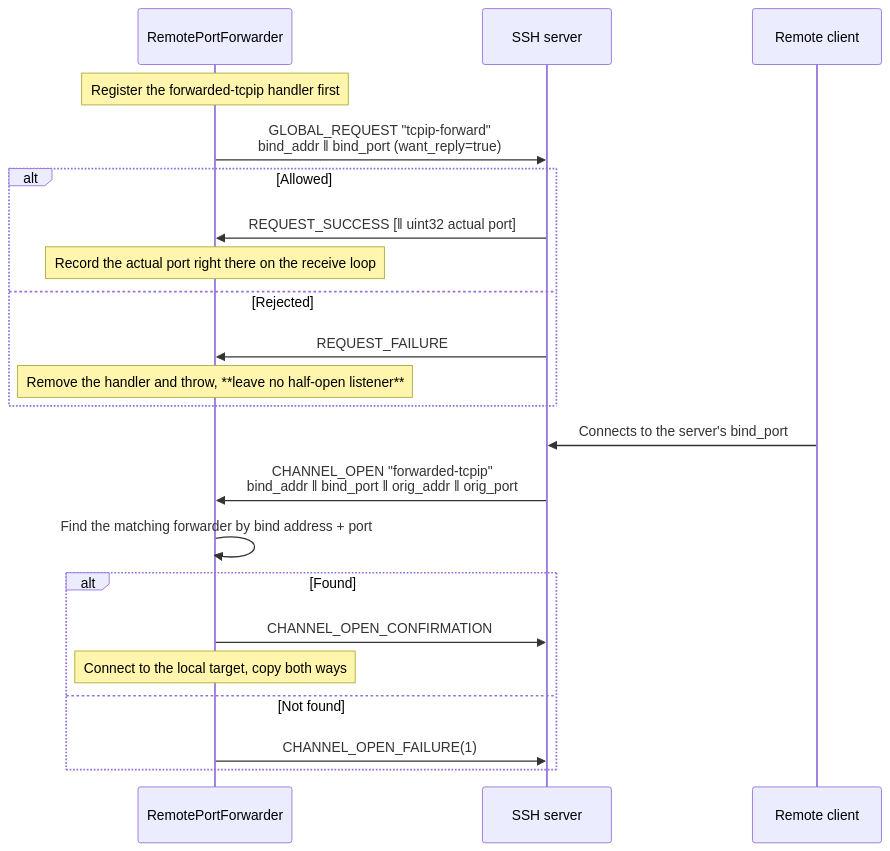
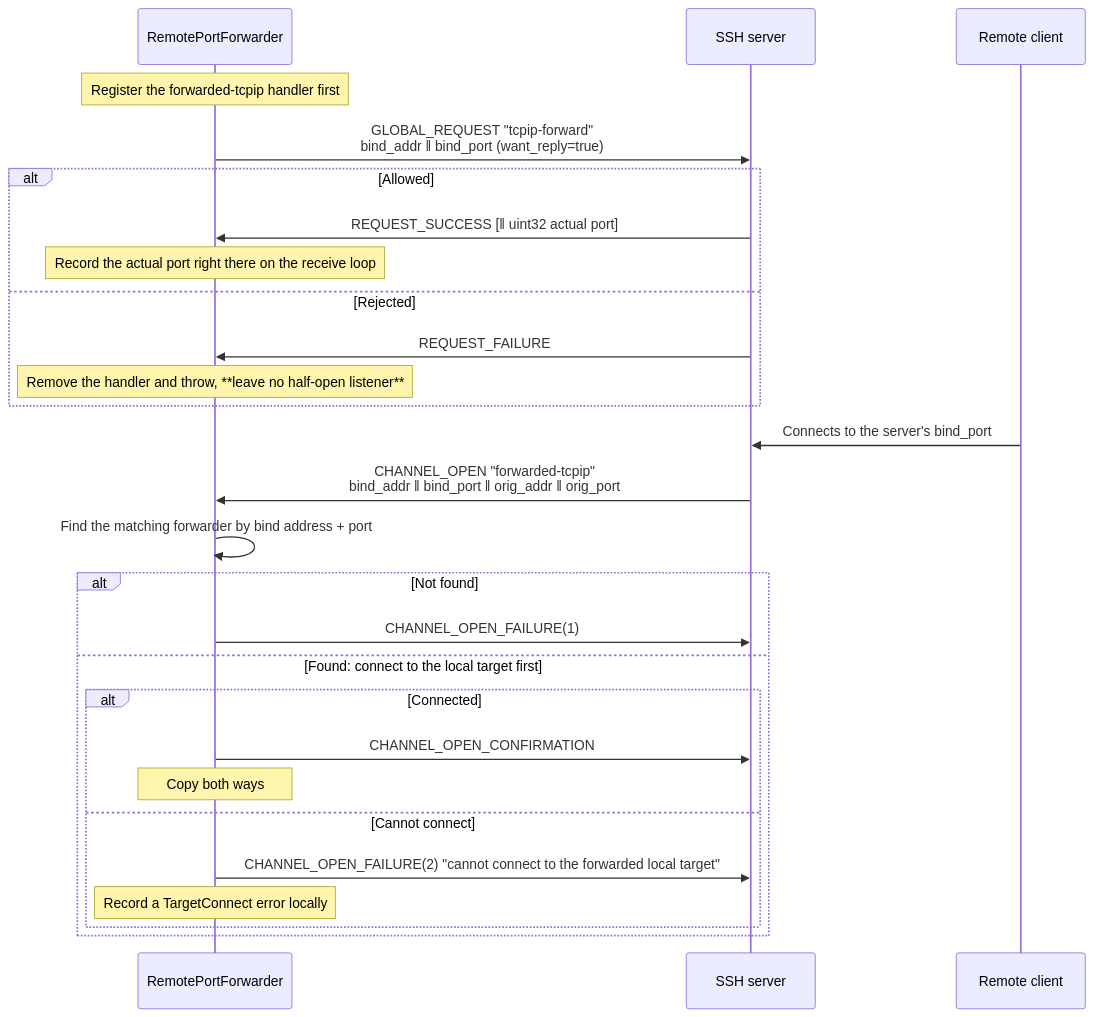
One commit to VelaShellLabs/velashell-docs changed the second of 3 diagrams in en/ssh/spec/07-forwarding.md. Above: the diagram before and after it, drawn with Mermaid. The commit also changed other lines of this file and 1 other file, not shown here.

Commit message:
ssh/spec:远程转发先连本机目标再确认,拒绝原因码照实回

````diff
--- a/en/ssh/spec/07-forwarding.md
+++ b/en/ssh/spec/07-forwarding.md
@@ -197,26 +197,31 @@
 ```mermaid
 sequenceDiagram
     participant F as RemotePortForwarder
     participant S as SSH server
     participant R as Remote client
 
     Note over F: Register the forwarded-tcpip handler first
     F->>S: GLOBAL_REQUEST "tcpip-forward"<br/>bind_addr ‖ bind_port (want_reply=true)
     alt Allowed
         S->>F: REQUEST_SUCCESS [‖ uint32 actual port]
         Note over F: Record the actual port right there on the receive loop
     else Rejected
         S->>F: REQUEST_FAILURE
         Note over F: Remove the handler and throw, **leave no half-open listener**
     end
 
     R->>S: Connects to the server's bind_port
     S->>F: CHANNEL_OPEN "forwarded-tcpip"<br/>bind_addr ‖ bind_port ‖ orig_addr ‖ orig_port
     F->>F: Find the matching forwarder by bind address + port
-    alt Found
-        F->>S: CHANNEL_OPEN_CONFIRMATION
-        Note over F: Connect to the local target, copy both ways
-    else Not found
+    alt Not found
         F->>S: CHANNEL_OPEN_FAILURE(1)
+    else Found: connect to the local target first
+        alt Connected
+            F->>S: CHANNEL_OPEN_CONFIRMATION
+            Note over F: Copy both ways
+        else Cannot connect
+            F->>S: CHANNEL_OPEN_FAILURE(2) "cannot connect to the forwarded local target"
+            Note over F: Record a TargetConnect error locally
+        end
     end
 ```
````
